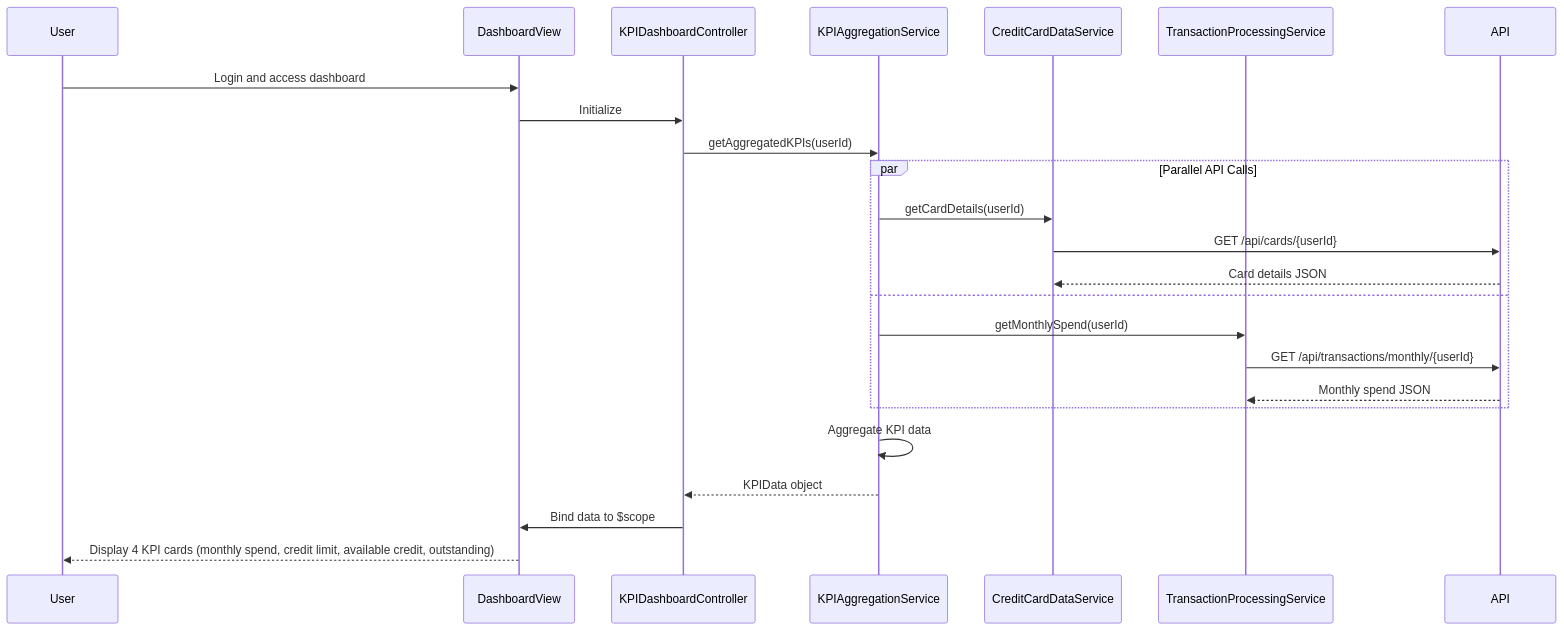
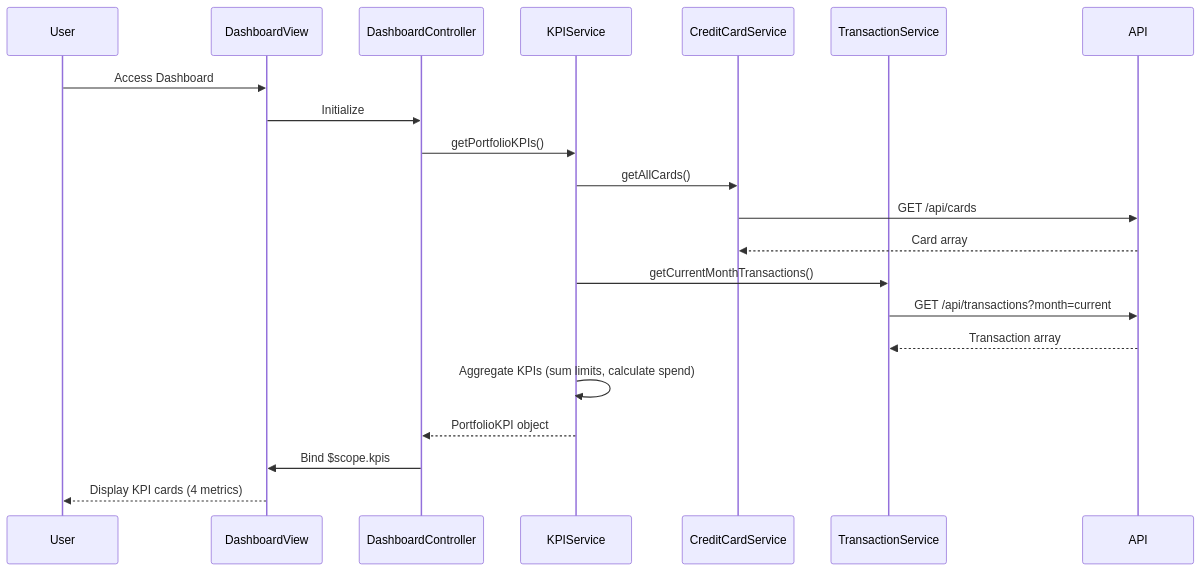
One commit to AAVA-Demo/APB_Demo changed the diagram in LLD/QE-8562_LLD.md. Above: the diagram before and after it, drawn with Mermaid. The commit also changed other lines of this file and 5 other files, not shown here.

````diff
--- a/LLD/QE-8562_LLD.md
+++ b/LLD/QE-8562_LLD.md
@@ -90,27 +74,24 @@
 ```mermaid
 sequenceDiagram
     participant User
     participant DashboardView
-    participant KPIDashboardController
-    participant KPIAggregationService
-    participant CreditCardDataService
-    participant TransactionProcessingService
+    participant DashboardController
+    participant KPIService
+    participant CreditCardService
+    participant TransactionService
     participant API
 
-    User->>DashboardView: Login and access dashboard
-    DashboardView->>KPIDashboardController: Initialize
-    KPIDashboardController->>KPIAggregationService: getAggregatedKPIs(userId)
-    par Parallel API Calls
-        KPIAggregationService->>CreditCardDataService: getCardDetails(userId)
-        CreditCardDataService->>API: GET /api/cards/{userId}
-        API-->>CreditCardDataService: Card details JSON
-    and
-        KPIAggregationService->>TransactionProcessingService: getMonthlySpend(userId)
-        TransactionProcessingService->>API: GET /api/transactions/monthly/{userId}
-        API-->>TransactionProcessingService: Monthly spend JSON
-    end
-    KPIAggregationService->>KPIAggregationService: Aggregate KPI data
-    KPIAggregationService-->>KPIDashboardController: KPIData object
-    KPIDashboardController->>DashboardView: Bind data to $scope
-    DashboardView-->>User: Display 4 KPI cards (monthly spend, credit limit, available credit, outstanding)
+    User->>DashboardView: Access Dashboard
+    DashboardView->>DashboardController: Initialize
+    DashboardController->>KPIService: getPortfolioKPIs()
+    KPIService->>CreditCardService: getAllCards()
+    CreditCardService->>API: GET /api/cards
+    API-->>CreditCardService: Card array
+    KPIService->>TransactionService: getCurrentMonthTransactions()
+    TransactionService->>API: GET /api/transactions?month=current
+    API-->>TransactionService: Transaction array
+    KPIService->>KPIService: Aggregate KPIs (sum limits, calculate spend)
+    KPIService-->>DashboardController: PortfolioKPI object
+    DashboardController->>DashboardView: Bind $scope.kpis
+    DashboardView-->>User: Display KPI cards (4 metrics)
 ```
````
